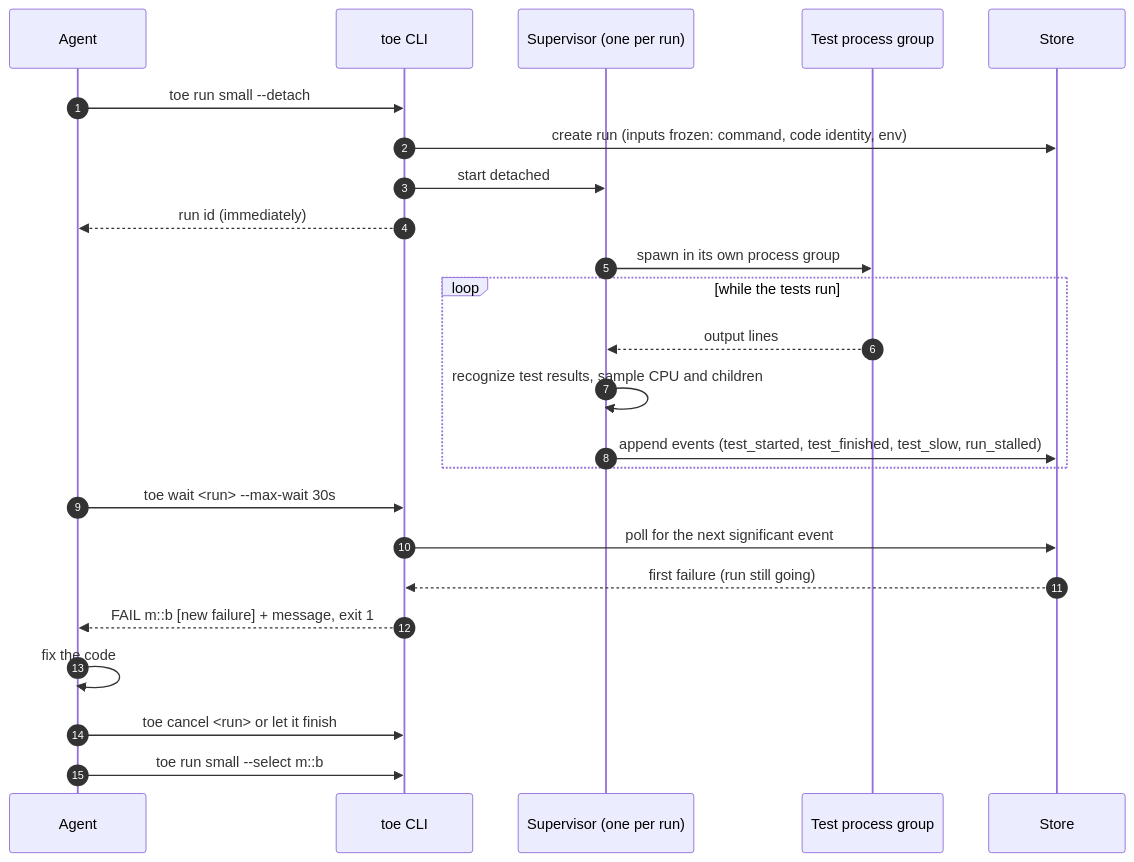
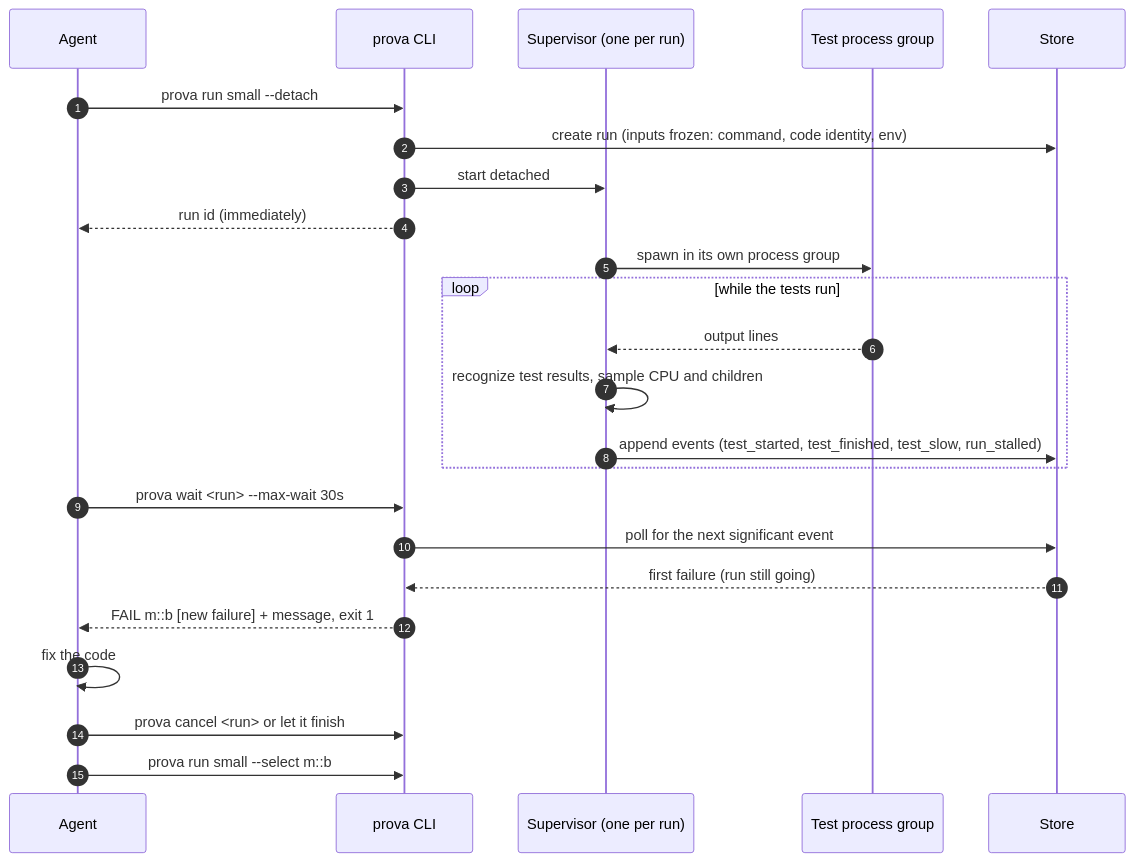
One commit to fals/prova changed the second of 6 diagrams in docs/architecture.md. Above: the diagram before and after it, drawn with Mermaid. The commit also changed other lines of this file and 202 other files, not shown here.

First line of the commit message:
Rename toe to prova everywhere (ADR 0019)

````diff
--- a/docs/architecture.md
+++ b/docs/architecture.md
@@ -79,27 +79,27 @@
 ```mermaid
 sequenceDiagram
     autonumber
     participant A as Agent
-    participant T as toe CLI
+    participant T as prova CLI
     participant S as Supervisor (one per run)
     participant P as Test process group
     participant D as Store
 
-    A->>T: toe run small --detach
+    A->>T: prova run small --detach
     T->>D: create run (inputs frozen: command, code identity, env)
     T->>S: start detached
     T-->>A: run id (immediately)
     S->>P: spawn in its own process group
     loop while the tests run
         P-->>S: output lines
         S->>S: recognize test results, sample CPU and children
         S->>D: append events (test_started, test_finished, test_slow, run_stalled)
     end
-    A->>T: toe wait <run> --max-wait 30s
+    A->>T: prova wait <run> --max-wait 30s
     T->>D: poll for the next significant event
     D-->>T: first failure (run still going)
     T-->>A: FAIL m::b [new failure] + message, exit 1
     A->>A: fix the code
-    A->>T: toe cancel <run> or let it finish
-    A->>T: toe run small --select m::b
+    A->>T: prova cancel <run> or let it finish
+    A->>T: prova run small --select m::b
 ```
````
